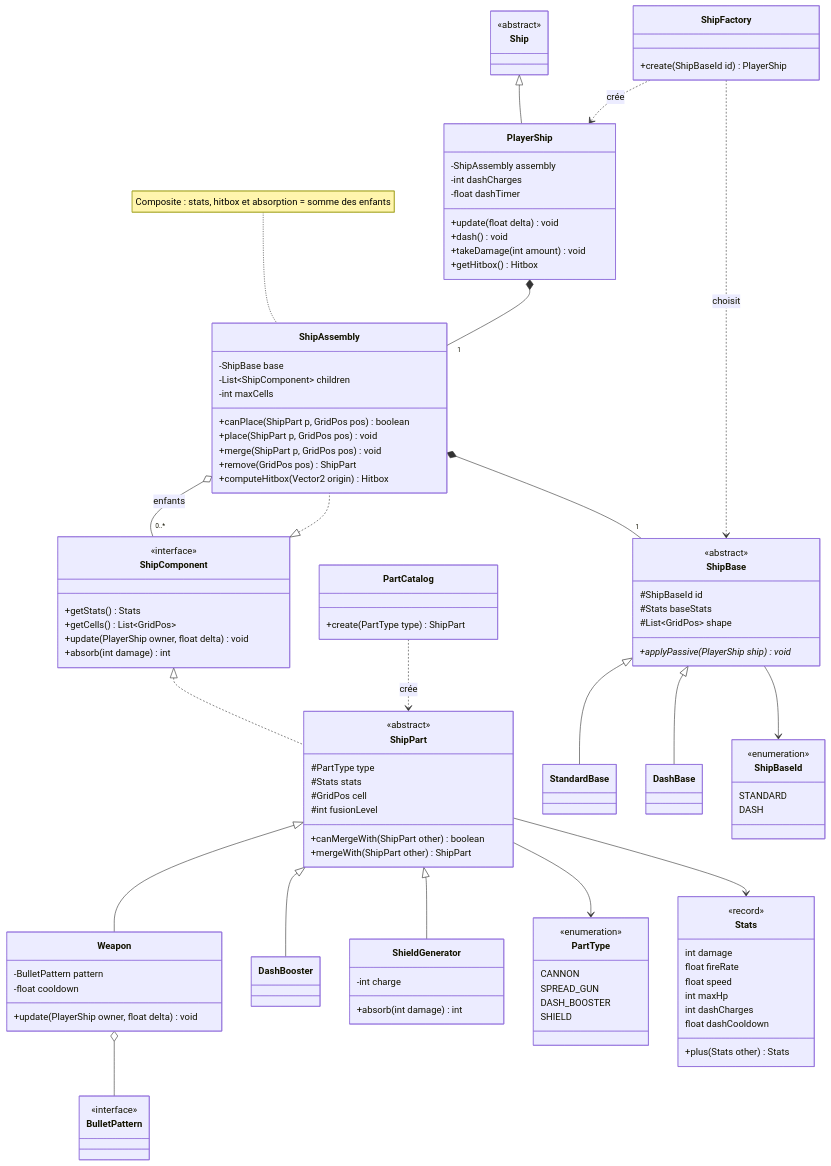
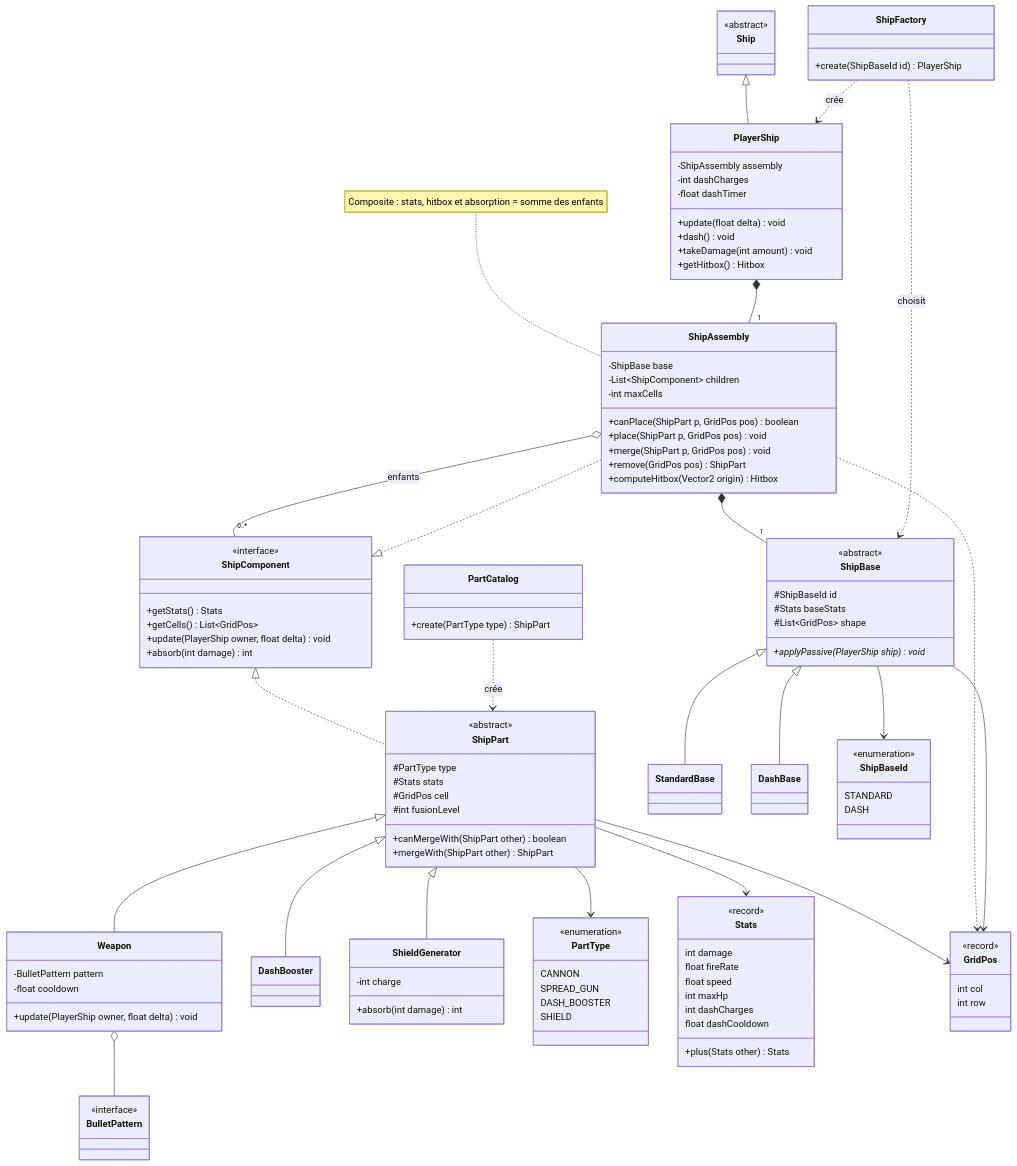
Before and after one commit to Bisiaux-dev/public-vault: the sixth of 13 diagrams in content/2D-Game/ideas/pierre/Bullet hell roguelike - UML.md, drawn with Mermaid. The commit also changed other lines of this file and 3 other files, not shown here.

```diff
--- a/content/2D-Game/ideas/pierre/Bullet hell roguelike - UML.md
+++ b/content/2D-Game/ideas/pierre/Bullet hell roguelike - UML.md
@@ -397,6 +397,11 @@
         float dashCooldown
         +plus(Stats other) Stats
     }
+    class GridPos {
+        <<record>>
+        int col
+        int row
+    }
     class ShipBase {
         <<abstract>>
         #ShipBaseId id
@@ -432,6 +437,9 @@
     ShipPart <|-- ShieldGenerator
     ShipPart --> PartType
     ShipPart --> Stats
+    ShipPart --> GridPos
+    ShipAssembly ..> GridPos
+    ShipBase --> GridPos
     Weapon o-- BulletPattern
     ShipBase <|-- StandardBase
     ShipBase <|-- DashBase
```
